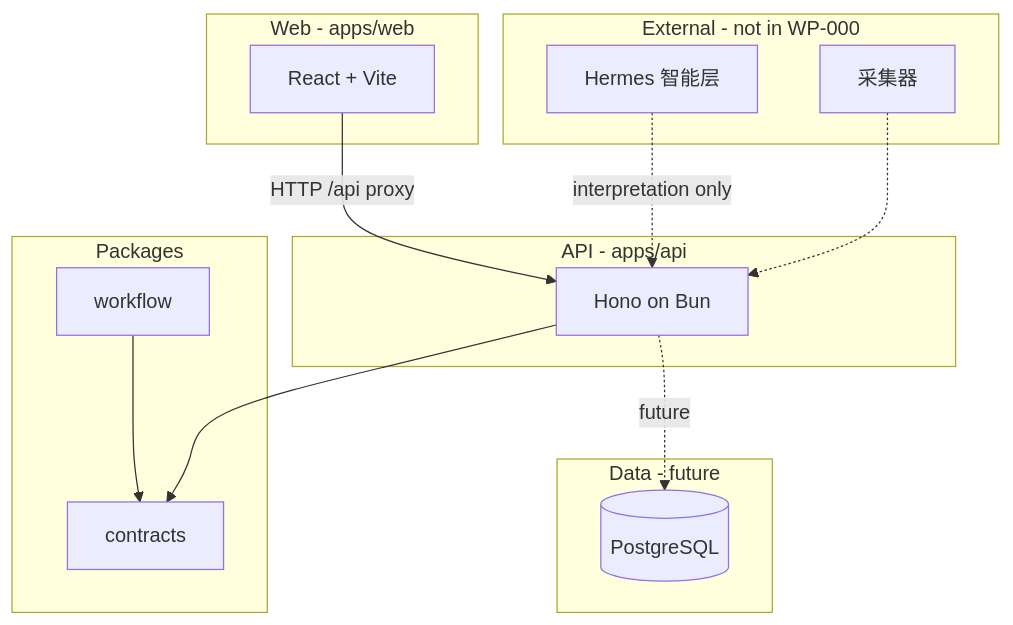
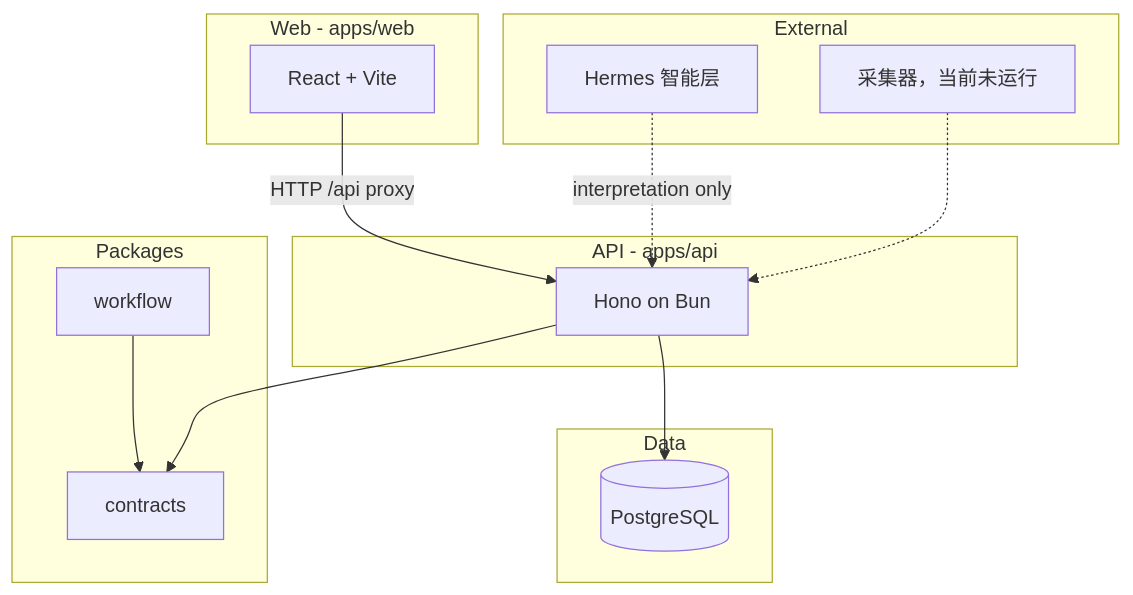
The diagram in docs/architecture/system-overview.md (rainpenber/Bili-UP-Dashboard-Next), drawn with Mermaid before and after one commit. The commit also changed other lines of this file and 5 other files, not shown here.

````diff
--- a/docs/architecture/system-overview.md
+++ b/docs/architecture/system-overview.md
@@ -5,26 +5,26 @@
 ```mermaid
 flowchart TB
   subgraph ui [Web - apps/web]
     React[React + Vite]
   end
   subgraph api [API - apps/api]
     Hono[Hono on Bun]
   end
   subgraph core [Packages]
     Contracts[contracts]
     Workflow[workflow]
   end
-  subgraph data [Data - future]
+  subgraph data [Data]
     PG[(PostgreSQL)]
   end
-  subgraph external [External - not in WP-000]
+  subgraph external [External]
     Hermes[Hermes 智能层]
-    Collectors[采集器]
+    Collectors[采集器，当前未运行]
   end
   React -->|HTTP /api proxy| Hono
   Hono --> Contracts
   Workflow --> Contracts
-  Hono -.->|future| PG
+  Hono --> PG
   Collectors -.-> Hono
   Hermes -.->|interpretation only| Hono
 ```
````
